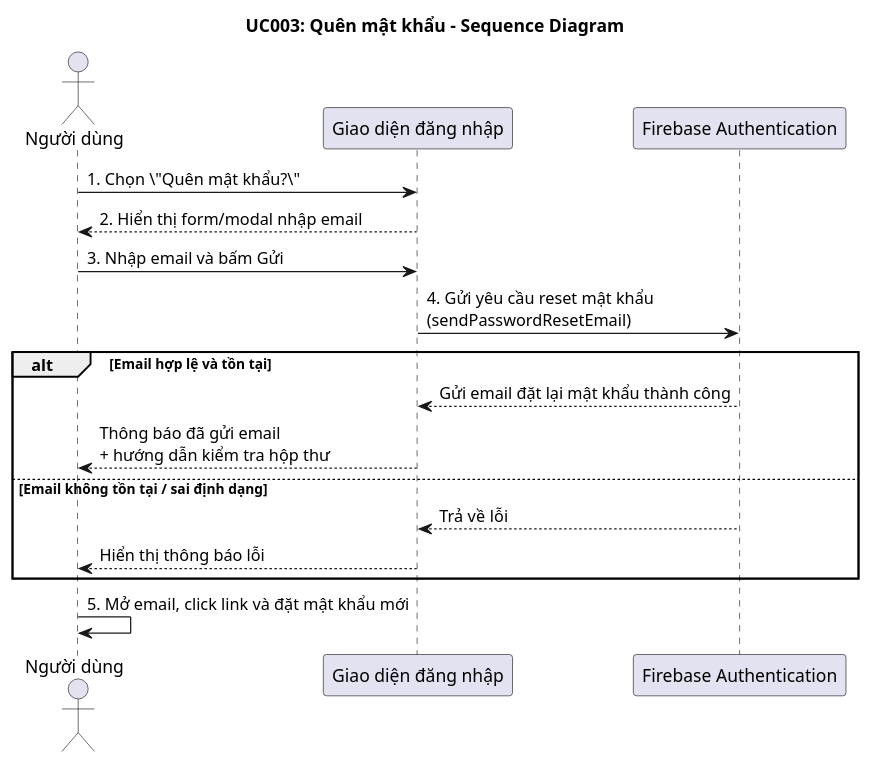
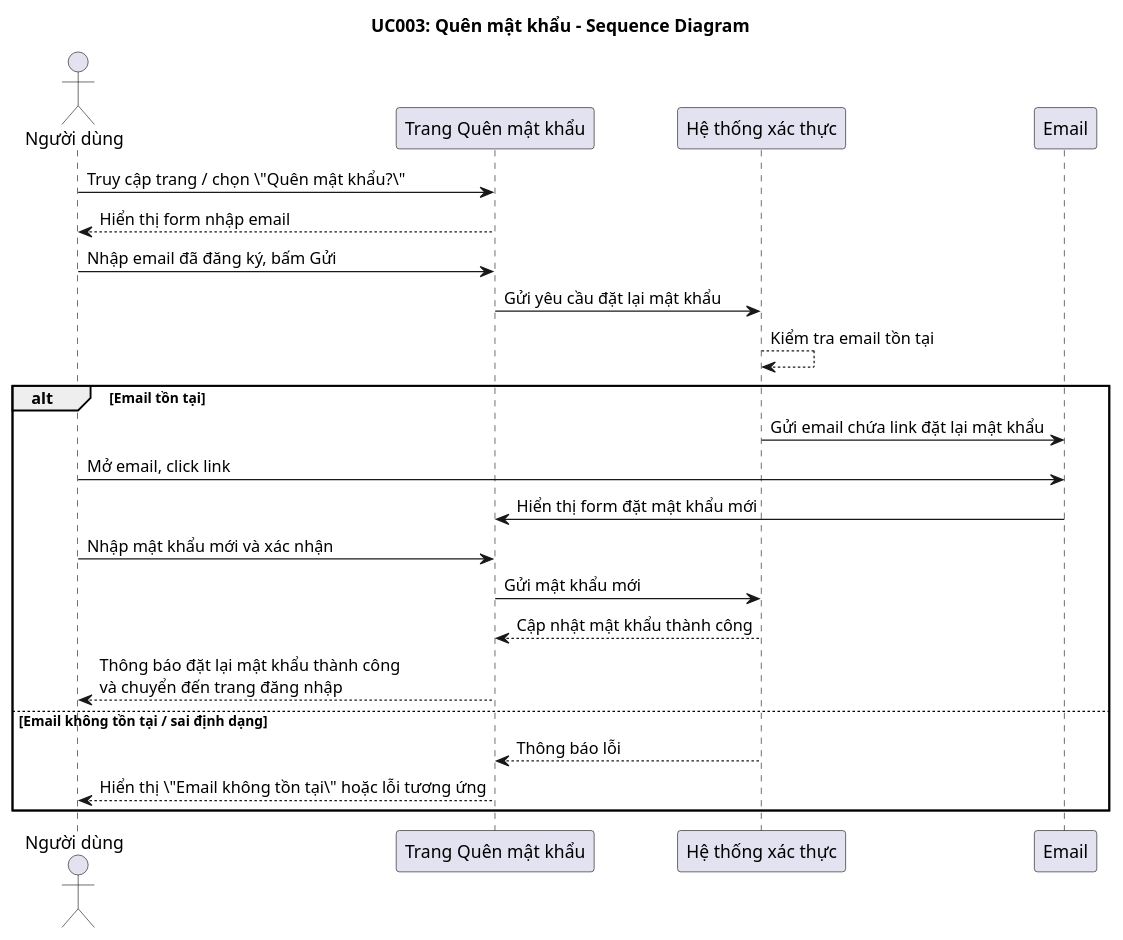
Before and after one commit to nhuquynh09a/nolitapizza: the diagram in UC003_ForgotPassword_Sequence_Diagram.puml, drawn with PlantUML. The commit also changed 24 other files, not shown here.

```diff
--- a/UC003_ForgotPassword_Sequence_Diagram.puml
+++ b/UC003_ForgotPassword_Sequence_Diagram.puml
@@ -1,23 +1,28 @@
 @startuml UC003_ForgotPassword_Sequence_Diagram
 title UC003: Quên mật khẩu - Sequence Diagram
 
 actor "Người dùng" as User
-participant "Giao diện đăng nhập" as UI
-participant "Firebase Authentication" as Auth
+participant "Trang Quên mật khẩu" as UI
+participant "Hệ thống xác thực" as Auth
+participant "Email" as Mail
 
-User -> UI: 1. Chọn \"Quên mật khẩu?\"
-UI --> User: 2. Hiển thị form/modal nhập email
-User -> UI: 3. Nhập email và bấm Gửi
-UI -> Auth: 4. Gửi yêu cầu reset mật khẩu\n(sendPasswordResetEmail)
+User -> UI: Truy cập trang / chọn \"Quên mật khẩu?\"
+UI --> User: Hiển thị form nhập email
+User -> UI: Nhập email đã đăng ký, bấm Gửi
+UI -> Auth: Gửi yêu cầu đặt lại mật khẩu
+Auth --> Auth: Kiểm tra email tồn tại
 
-alt Email hợp lệ và tồn tại
-  Auth --> UI: Gửi email đặt lại mật khẩu thành công
-  UI --> User: Thông báo đã gửi email\n+ hướng dẫn kiểm tra hộp thư
+alt Email tồn tại
+  Auth -> Mail: Gửi email chứa link đặt lại mật khẩu
+  User -> Mail: Mở email, click link
+  Mail -> UI: Hiển thị form đặt mật khẩu mới
+  User -> UI: Nhập mật khẩu mới và xác nhận
+  UI -> Auth: Gửi mật khẩu mới
+  Auth --> UI: Cập nhật mật khẩu thành công
+  UI --> User: Thông báo đặt lại mật khẩu thành công\nvà chuyển đến trang đăng nhập
 else Email không tồn tại / sai định dạng
-  Auth --> UI: Trả về lỗi
-  UI --> User: Hiển thị thông báo lỗi
+  Auth --> UI: Thông báo lỗi
+  UI --> User: Hiển thị \"Email không tồn tại\" hoặc lỗi tương ứng
 end
 
-User -> User: 5. Mở email, click link và đặt mật khẩu mới
-
 @enduml
```
